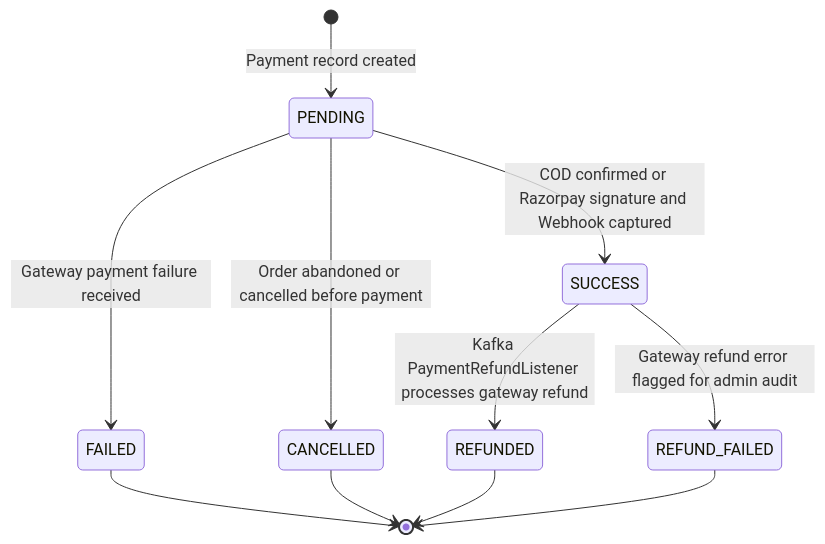
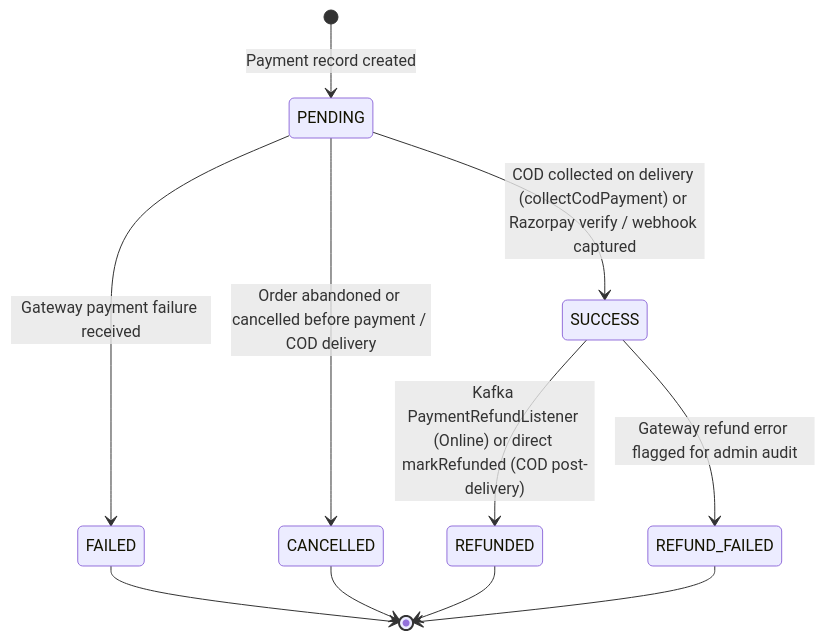
The sixth of 6 diagrams in docs/architecture.md (eshant52/quickbite-backend), drawn with Mermaid before and after one commit. The commit also changed other lines of this file and 36 other files, not shown here.

First line of the commit message:
docs: update architecture guides, benchmark tooling, and Postman collections

````diff
--- a/docs/architecture.md
+++ b/docs/architecture.md
@@ -269,15 +269,15 @@
 ```mermaid
 stateDiagram-v2
     [*] --> PENDING: Payment record created
-    PENDING --> SUCCESS: COD confirmed or Razorpay signature and Webhook captured
+    PENDING --> SUCCESS: COD collected on delivery (collectCodPayment) or Razorpay verify / webhook captured
     PENDING --> FAILED: Gateway payment failure received
-    PENDING --> CANCELLED: Order abandoned or cancelled before payment
+    PENDING --> CANCELLED: Order abandoned or cancelled before payment / COD delivery
     
-    SUCCESS --> REFUNDED: Kafka PaymentRefundListener processes gateway refund
+    SUCCESS --> REFUNDED: Kafka PaymentRefundListener (Online) or direct markRefunded (COD post-delivery)
     SUCCESS --> REFUND_FAILED: Gateway refund error flagged for admin audit
     
     FAILED --> [*]
     CANCELLED --> [*]
     REFUNDED --> [*]
     REFUND_FAILED --> [*]
 ```
````
